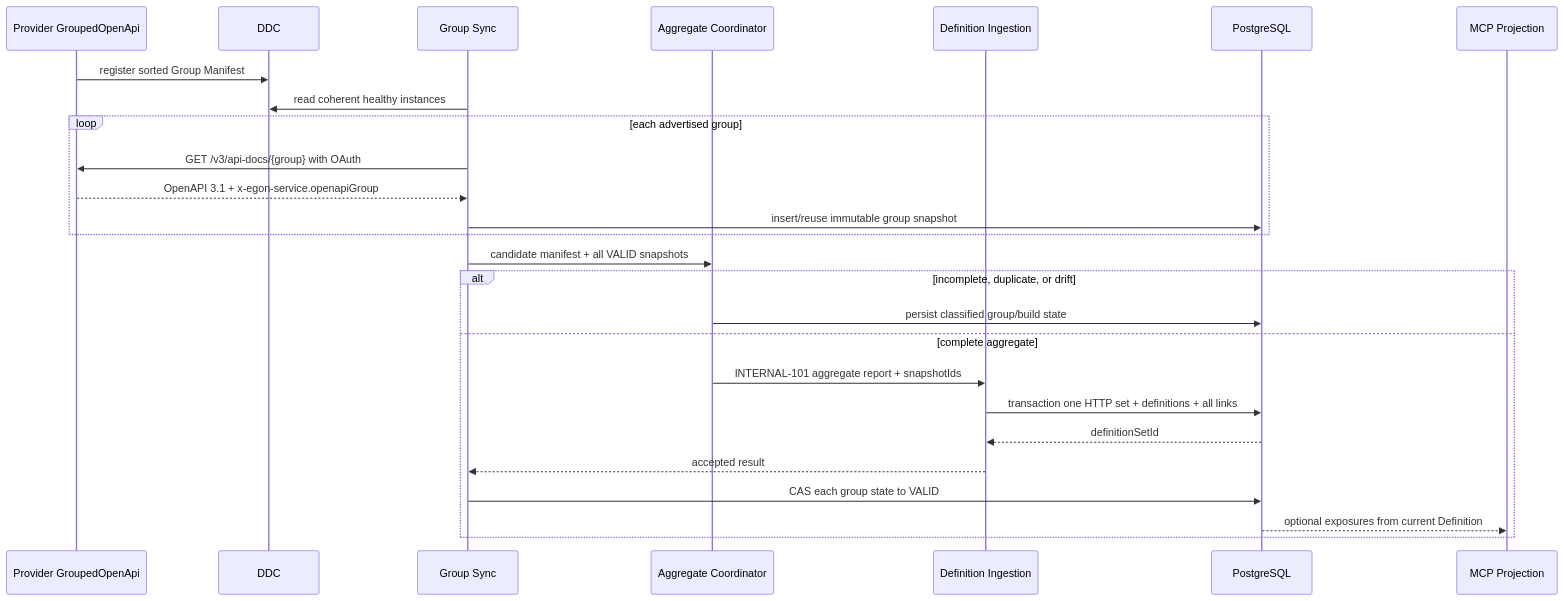
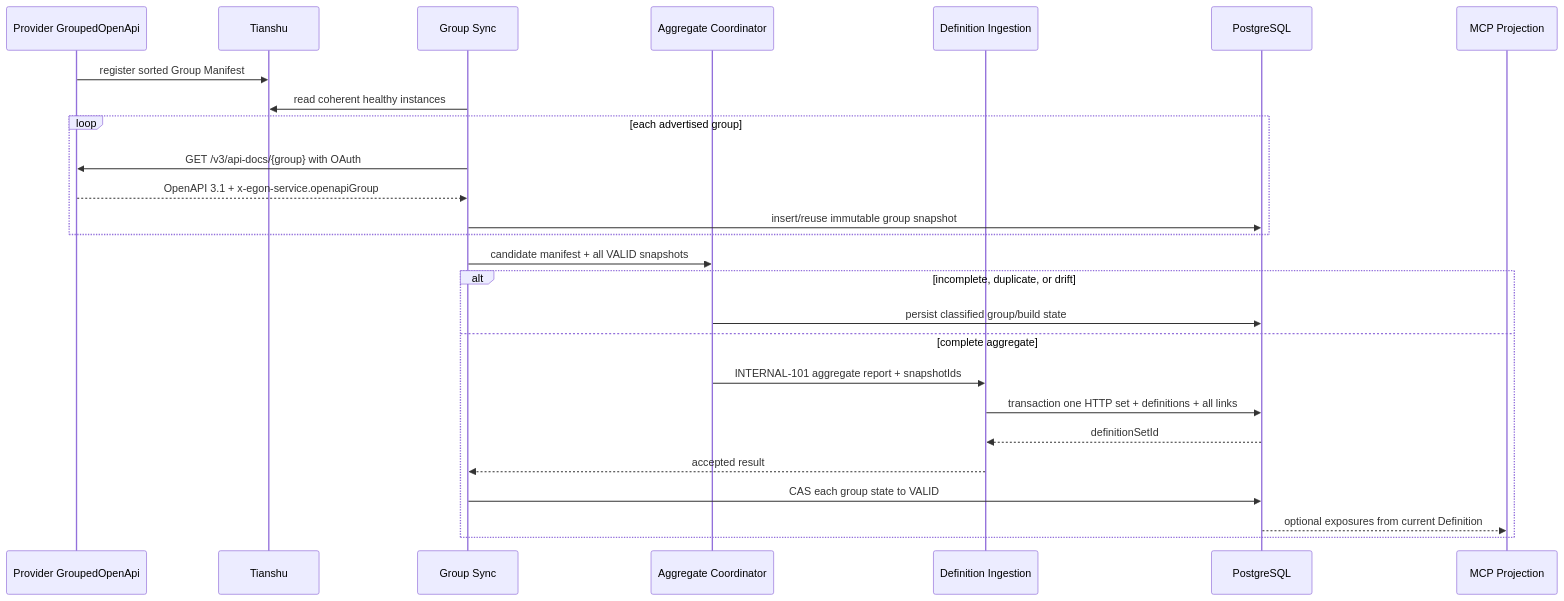
Before and after one commit to AllenDEricDAlexander/Egon-COLA: the fourth of 5 diagrams in docs/egon/spec/2026-08-25-19-43-gateway-openapi-group-aggregation-amendment.md, drawn with Mermaid. The commit also changed other lines of this file and 233 other files, not shown here.

````diff
--- a/docs/egon/spec/2026-08-25-19-43-gateway-openapi-group-aggregation-amendment.md
+++ b/docs/egon/spec/2026-08-25-19-43-gateway-openapi-group-aggregation-amendment.md
@@ -458,28 +458,28 @@
 ```mermaid
 sequenceDiagram
     participant P as Provider GroupedOpenApi
-    participant D as DDC
+    participant D as Tianshu
     participant S as Group Sync
     participant A as Aggregate Coordinator
     participant I as Definition Ingestion
     participant DB as PostgreSQL
     participant M as MCP Projection
     P->>D: register sorted Group Manifest
     S->>D: read coherent healthy instances
     loop each advertised group
         S->>P: GET /v3/api-docs/{group} with OAuth
         P-->>S: OpenAPI 3.1 + x-egon-service.openapiGroup
         S->>DB: insert/reuse immutable group snapshot
     end
     S->>A: candidate manifest + all VALID snapshots
     alt incomplete, duplicate, or drift
         A->>DB: persist classified group/build state
     else complete aggregate
         A->>I: INTERNAL-101 aggregate report + snapshotIds
         I->>DB: transaction one HTTP set + definitions + all links
         DB-->>I: definitionSetId
         I-->>S: accepted result
         S->>DB: CAS each group state to VALID
         DB-->>M: optional exposures from current Definition
     end
 ```
````
